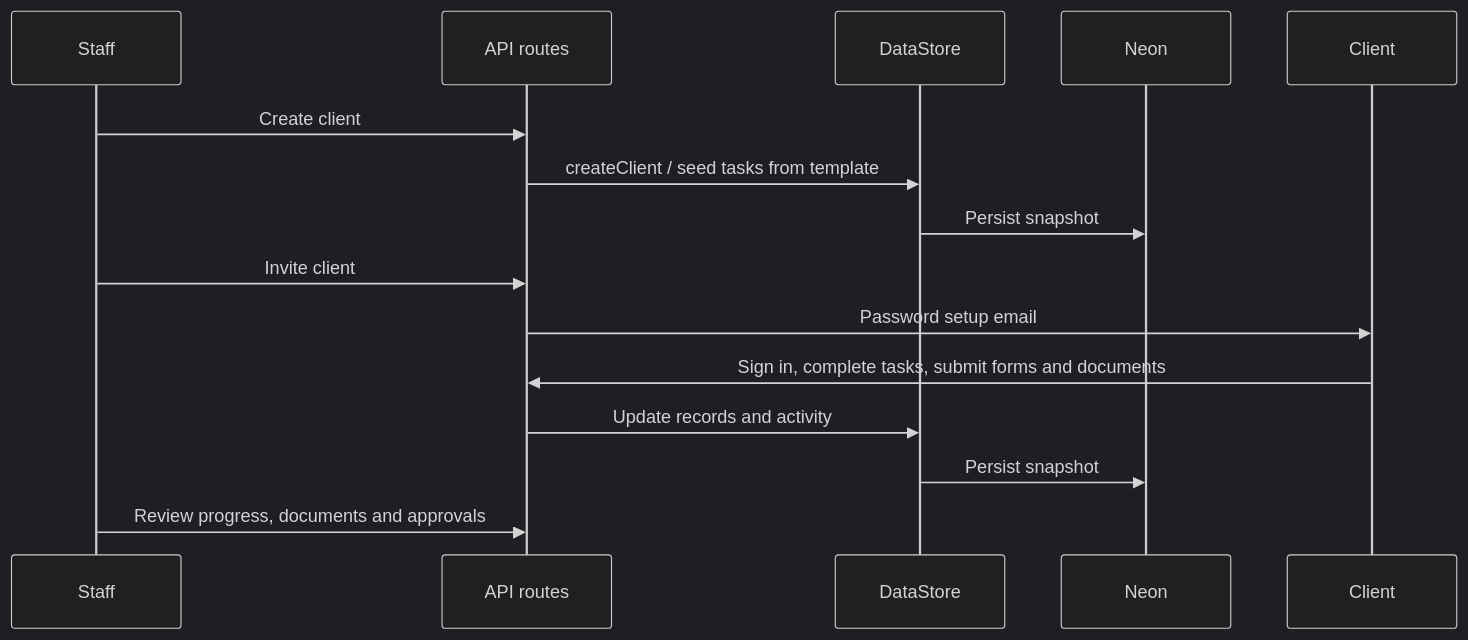
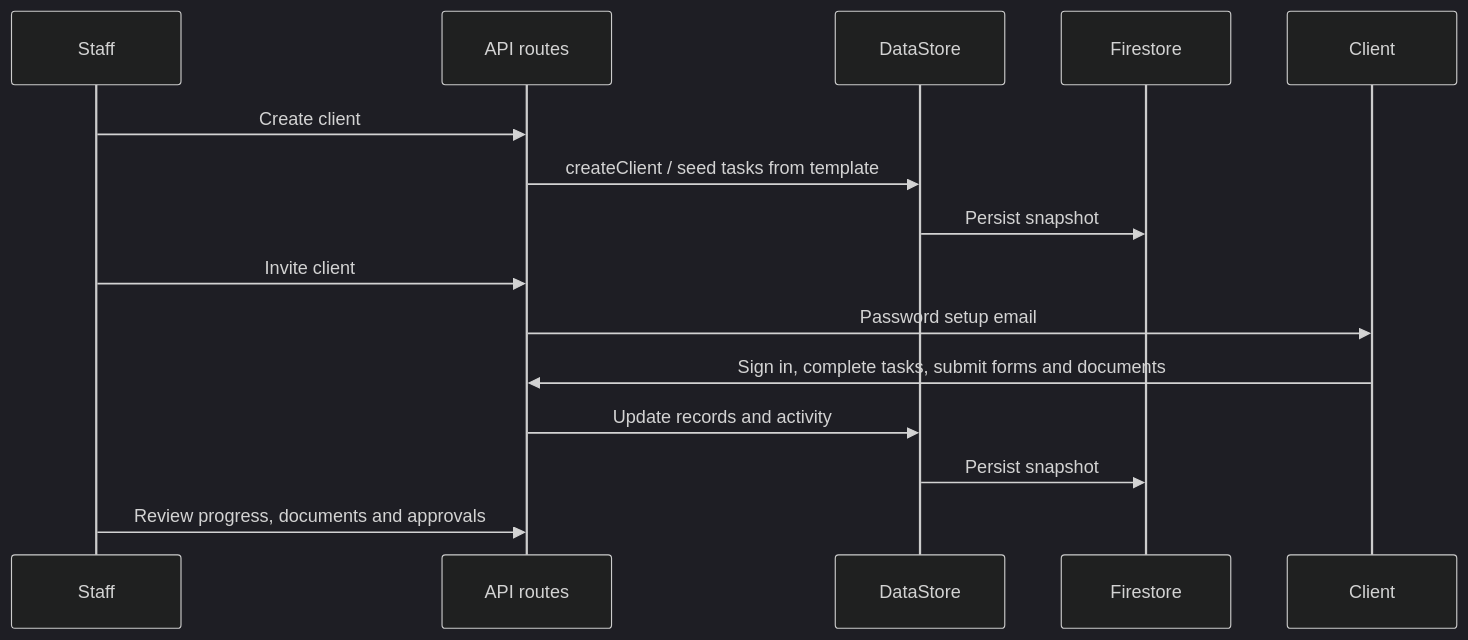
One commit to brcbro/boatship changed the diagram in architecture/system.md. Above: the diagram before and after it, drawn with Mermaid (dark theme). The commit also changed other lines of this file and 80 other files, not shown here.

First line of the commit message:
Remove Prisma, Neon, and PGlite; run QA on the Firestore emulator

````diff
--- a/architecture/system.md
+++ b/architecture/system.md
@@ -42,17 +42,17 @@
 ```mermaid
 sequenceDiagram
   participant Staff
   participant API as API routes
   participant Store as DataStore
-  participant DB as Neon
+  participant DB as Firestore
   participant Client
   Staff->>API: Create client
   API->>Store: createClient / seed tasks from template
   Store->>DB: Persist snapshot
   Staff->>API: Invite client
   API->>Client: Password setup email
   Client->>API: Sign in, complete tasks, submit forms and documents
   API->>Store: Update records and activity
   Store->>DB: Persist snapshot
   Staff->>API: Review progress, documents and approvals
 ```
````
